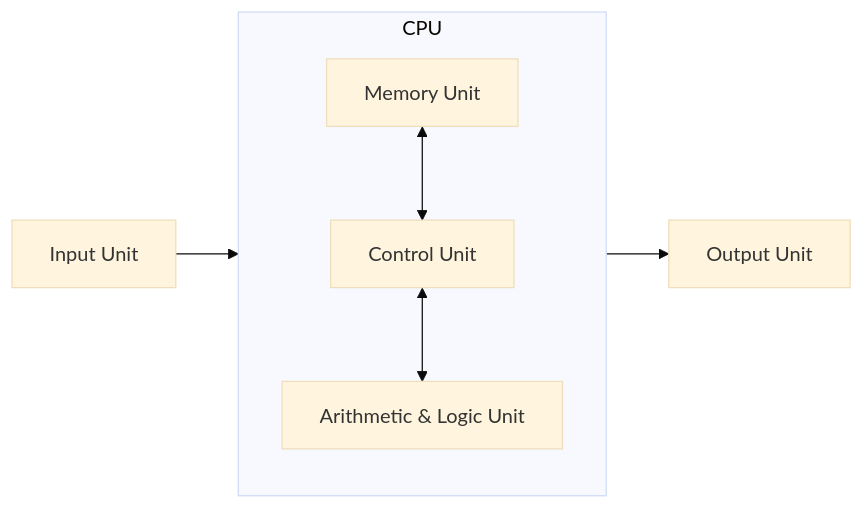
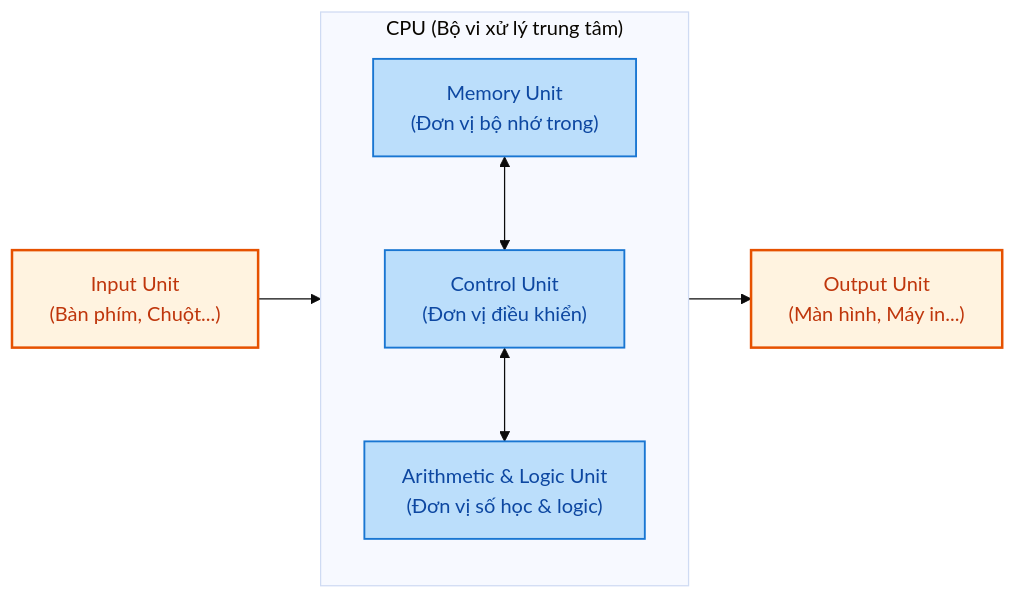
Before and after one commit to Duc-Lee/LLMserving_GPUoptimization: the first of 2 diagrams in OperatingSystem/OS_scratch/Concepts_OS/Intro_OS/Lession1.md, drawn with Mermaid (base theme). The commit also changed other lines of this file and 2 other files, not shown here.

````diff
--- a/OperatingSystem/OS_scratch/Concepts_OS/Intro_OS/Lession1.md
+++ b/OperatingSystem/OS_scratch/Concepts_OS/Intro_OS/Lession1.md
@@ -11,13 +11,23 @@
 ```mermaid
 flowchart LR
-    Input["Input Unit"] --> CU
-    subgraph CPU ["CPU"]
+    classDef ioStyle fill:#fff3e0,stroke:#e65100,stroke-width:2px,color:#bf360c;
+    classDef cpuStyle fill:#e3f2fd,stroke:#1565c0,stroke-width:2px,color:#0d47a1;
+    classDef subCpu fill:#bbdefb,stroke:#1976d2,stroke-width:1.5px,color:#0d47a1;
+
+    IN["Input Unit<br/>(Bàn phím, Chuột...)"]:::ioStyle
+
+    subgraph CPU_CHIP ["CPU (Bộ vi xử lý trung tâm)"]
         direction TB
-        MU["Memory Unit"]
-        CU["Control Unit"]
-        ALU["Arithmetic & Logic Unit"]
+        MU["Memory Unit<br/>(Đơn vị bộ nhớ trong)"]:::subCpu
+        CU["Control Unit<br/>(Đơn vị điều khiển)"]:::subCpu
+        ALU["Arithmetic & Logic Unit<br/>(Đơn vị số học & logic)"]:::subCpu
+        
         MU <--> CU
         CU <--> ALU
     end
-    CU --> Output["Output Unit"]
+
+    OUT["Output Unit<br/>(Màn hình, Máy in...)"]:::ioStyle
+
+    IN --> CU
+    CU --> OUT
 ```
````
